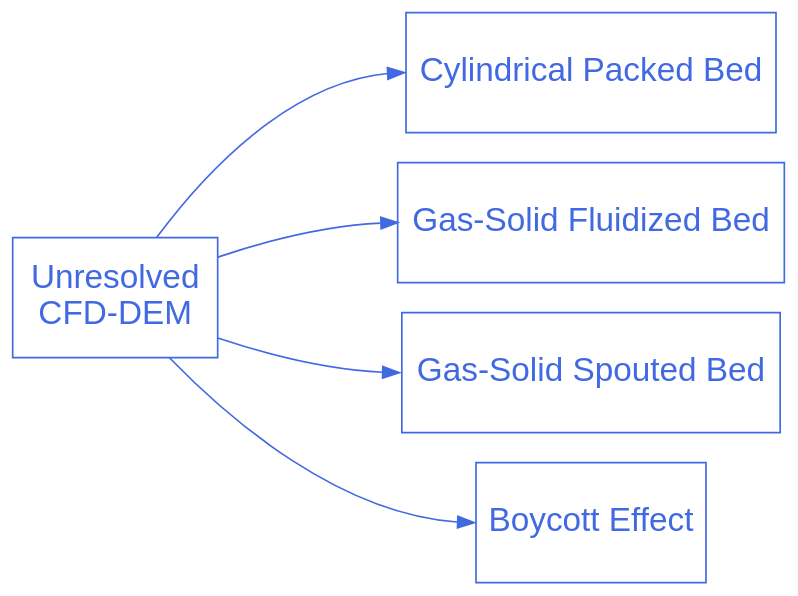
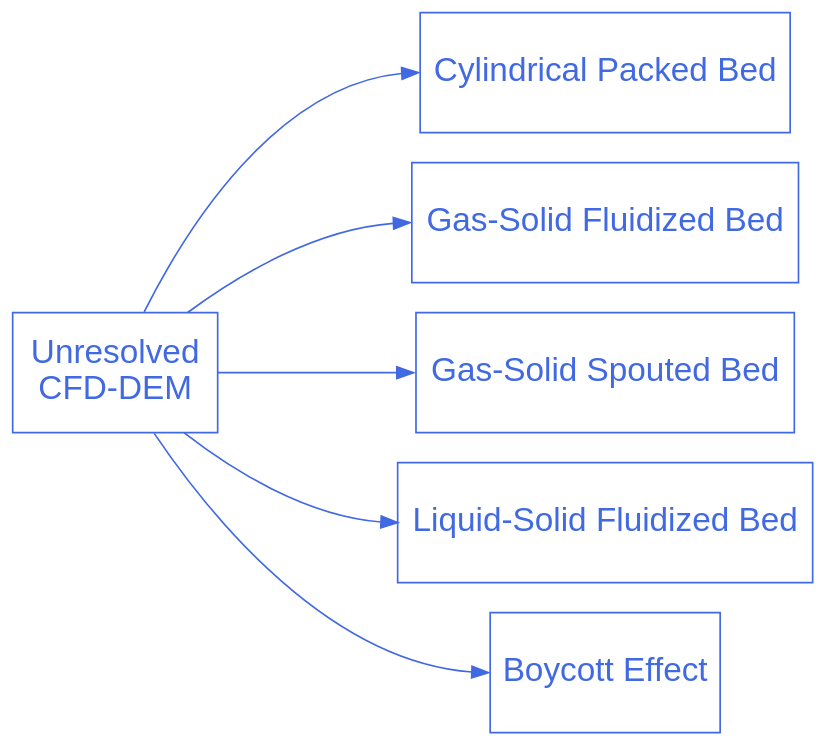
One commit to chaos-polymtl/lethe changed the diagram in doc/source/examples/unresolved-cfd-dem/unresolved-cfd-dem.rst. Above: the diagram before and after it, drawn with Graphviz. The commit also changed other lines of this file and 8 other files, not shown here.

Commit message:
Include LSFB example in Unresolved CFD-DEM

```diff
--- a/doc/source/examples/unresolved-cfd-dem/unresolved-cfd-dem.rst
+++ b/doc/source/examples/unresolved-cfd-dem/unresolved-cfd-dem.rst
@@ -17,24 +18,27 @@
 .. graphviz:: 
 
     digraph unresolved_cfd_dem_diagram {
       graph [bgcolor="transparent", align=true, ranksep=1.5];
       node [fontname=Arial, fontsize=20, shape=box, fontcolor=royalblue, color=royalblue, height=1];
       edge [color=royalblue];
       rankdir="LR";
       size = "9,9";
 
       unresolved_cfd_dem [label="Unresolved \nCFD-DEM", href="https://lethe-cfd.github.io/lethe/examples/unresolved-cfd-dem/unresolved-cfd-dem.html"];
 
       cfd_dem_1 [label="Cylindrical Packed Bed", href="https://lethe-cfd.github.io/lethe/examples/unresolved-cfd-dem/cylindrical-packed-bed/cylindrical-packed-bed.html"];
 
       cfd_dem_2 [label="Gas-Solid Fluidized Bed", href="https://lethe-cfd.github.io/lethe/examples/unresolved-cfd-dem/gas-solid-fluidized-bed/gas-solid-fluidized-bed.html"];
 
       cfd_dem_3 [label="Gas-Solid Spouted Bed", href="https://lethe-cfd.github.io/lethe/examples/unresolved-cfd-dem/gas-solid-spouted-bed/gas-solid-spouted-bed.html"];
 
-      cfd_dem_4 [label="Boycott Effect", href="https://lethe-cfd.github.io/lethe/examples/unresolved-cfd-dem/boycott-effect/boycott-effect.html"];
+      cfd_dem_4 [label="Liquid-Solid Fluidized Bed", href="https://lethe-cfd.github.io/lethe/examples/unresolved-cfd-dem/liquid-solid-fluidized-bed/liquid-solid-fluidized-bed.html"];
+
+      cfd_dem_5 [label="Boycott Effect", href="https://lethe-cfd.github.io/lethe/examples/unresolved-cfd-dem/boycott-effect/boycott-effect.html"];
       
       unresolved_cfd_dem -> cfd_dem_1:w;
       unresolved_cfd_dem -> cfd_dem_2:w;
       unresolved_cfd_dem -> cfd_dem_3:w;
       unresolved_cfd_dem -> cfd_dem_4:w;
+      unresolved_cfd_dem -> cfd_dem_5:w;
     }
```
